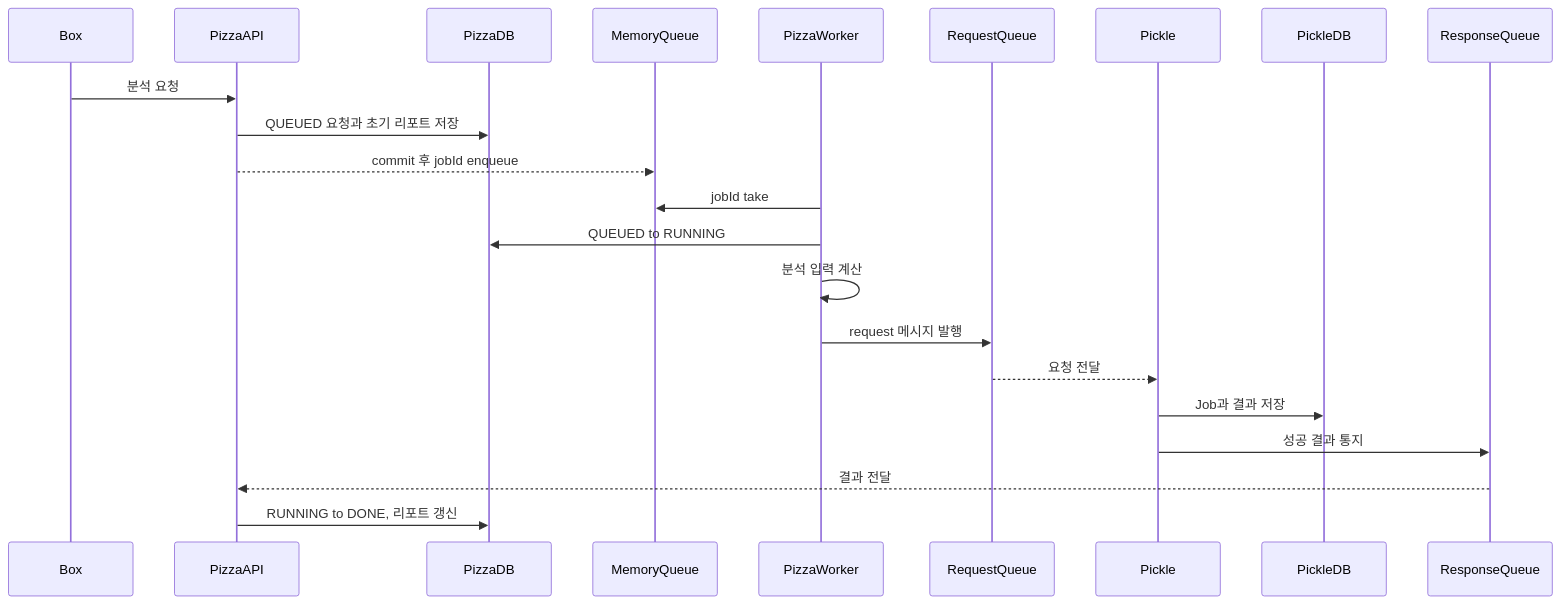
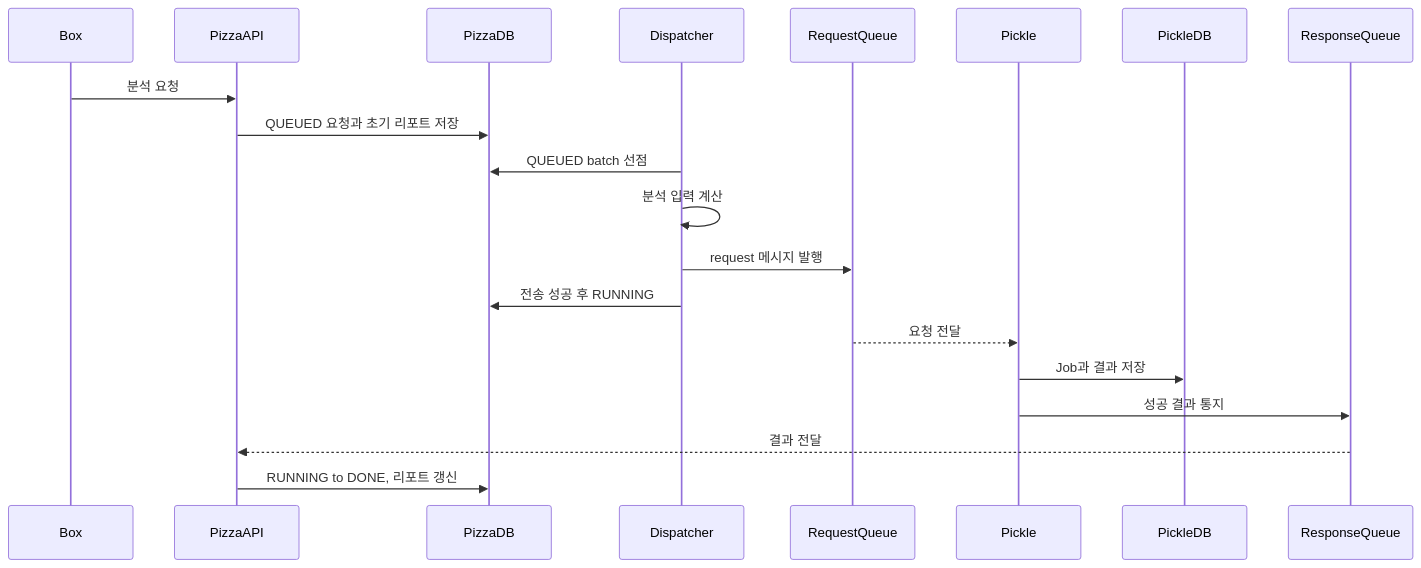
One commit to dawwson/psycho.pizza changed the first of 2 diagrams in docs/analysis-pipeline/README.md. Above: the diagram before and after it, drawn with Mermaid. The commit also changed other lines of this file and 28 other files, not shown here.

````diff
--- a/docs/analysis-pipeline/README.md
+++ b/docs/analysis-pipeline/README.md
@@ -42,25 +42,23 @@
 ```mermaid
 sequenceDiagram
     participant boxClient as Box
     participant PizzaAPI
     participant PizzaDB
-    participant MemoryQueue
-    participant PizzaWorker
+    participant Dispatcher
     participant RequestQueue
     participant Pickle
     participant PickleDB
     participant ResponseQueue
 
     boxClient->>PizzaAPI: 분석 요청
     PizzaAPI->>PizzaDB: QUEUED 요청과 초기 리포트 저장
-    PizzaAPI-->>MemoryQueue: commit 후 jobId enqueue
-    PizzaWorker->>MemoryQueue: jobId take
-    PizzaWorker->>PizzaDB: QUEUED to RUNNING
-    PizzaWorker->>PizzaWorker: 분석 입력 계산
-    PizzaWorker->>RequestQueue: request 메시지 발행
+    Dispatcher->>PizzaDB: QUEUED batch 선점
+    Dispatcher->>Dispatcher: 분석 입력 계산
+    Dispatcher->>RequestQueue: request 메시지 발행
+    Dispatcher->>PizzaDB: 전송 성공 후 RUNNING
     RequestQueue-->>Pickle: 요청 전달
     Pickle->>PickleDB: Job과 결과 저장
     Pickle->>ResponseQueue: 성공 결과 통지
     ResponseQueue-->>PizzaAPI: 결과 전달
     PizzaAPI->>PizzaDB: RUNNING to DONE, 리포트 갱신
 ```
````
